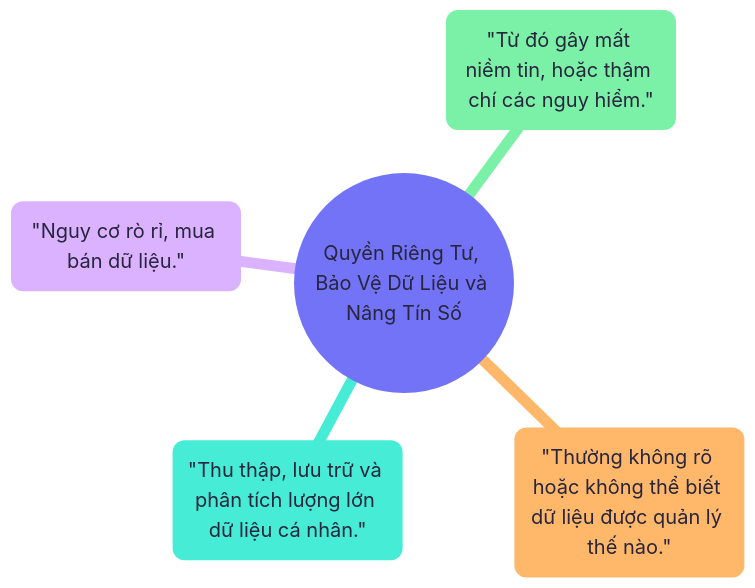
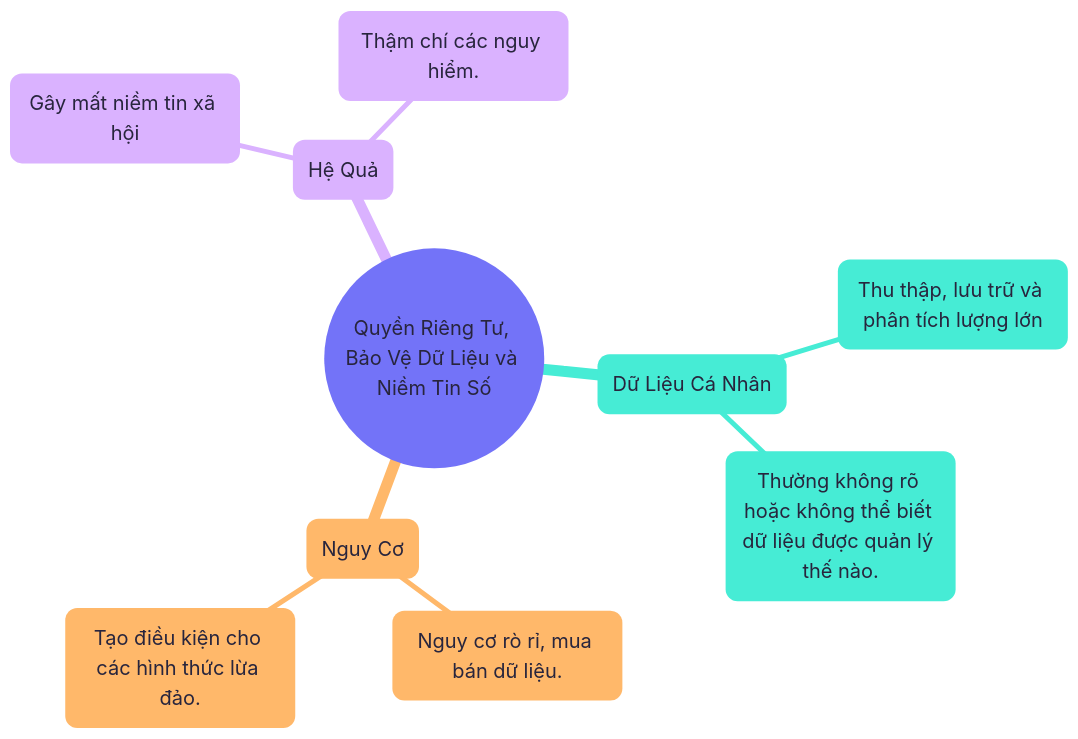
Before and after one commit to sam-uit/typst-report-template: the diagram in content/diagrams/chapter05-quyen-rieng-tu-bao-ve-du-lieu-va-nang.mmd, drawn with Mermaid. The commit also changed 4 other files, not shown here.

```diff
--- a/content/diagrams/chapter05-quyen-rieng-tu-bao-ve-du-lieu-va-nang.mmd
+++ b/content/diagrams/chapter05-quyen-rieng-tu-bao-ve-du-lieu-va-nang.mmd
@@ -1,13 +1,18 @@
 ---
 config:
   theme: redux-color
   themeVariables:
     fontFamily: Google Sans
     fontSize: 20px
 ---
 mindmap
-  root(("Quyền Riêng Tư, Bảo Vệ Dữ Liệu và Nâng Tín Số"))
-    "Thu thập, lưu trữ và phân tích lượng lớn dữ liệu cá nhân."
-    "Thường không rõ hoặc không thể biết dữ liệu được quản lý thế nào."
-    "Nguy cơ rò rỉ, mua bán dữ liệu."
-    "Từ đó gây mất niềm tin, hoặc thậm chí các nguy hiểm."
+  root(("Quyền Riêng Tư, Bảo Vệ Dữ Liệu và Niềm Tin Số"))
+    (Dữ Liệu Cá Nhân)
+      Thu thập, lưu trữ và phân tích lượng lớn
+      Thường không rõ hoặc không thể biết dữ liệu được quản lý thế nào.
+    (Nguy Cơ)
+      Nguy cơ rò rỉ, mua bán dữ liệu.
+      Tạo điều kiện cho các hình thức lừa đảo.
+    (Hệ Quả)
+      Gây mất niềm tin xã hội
+      Thậm chí các nguy hiểm.
```
